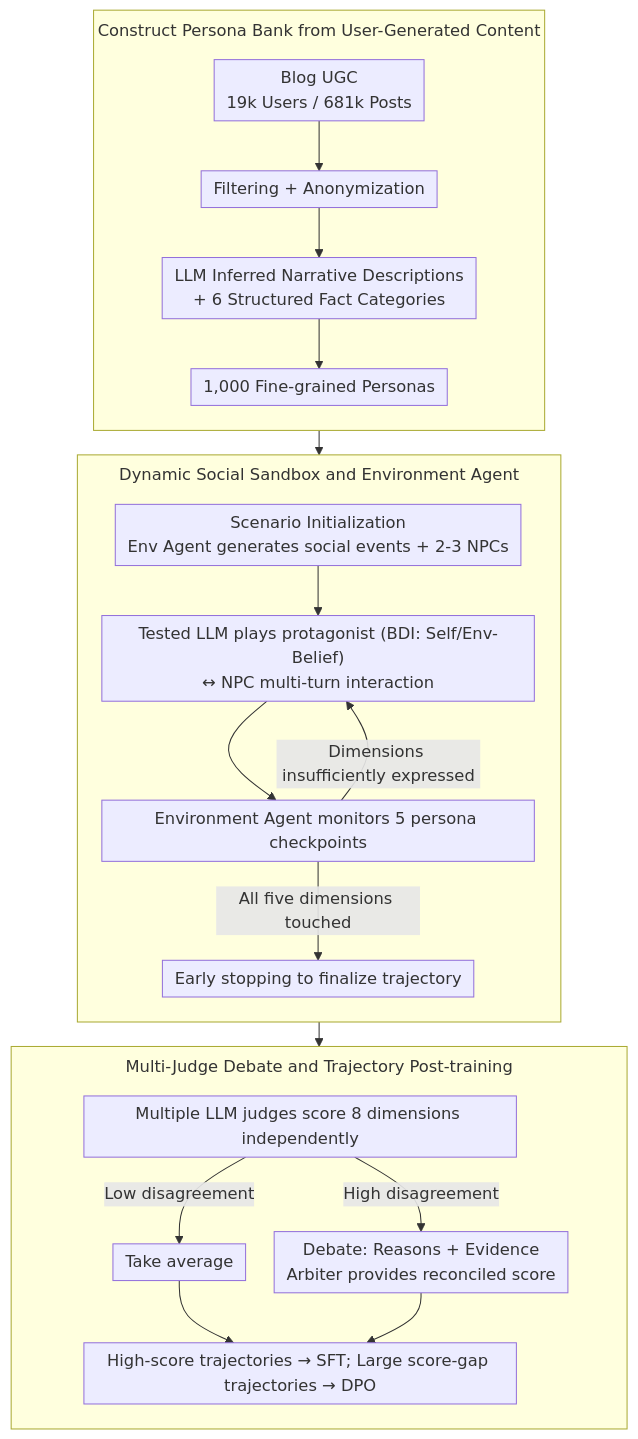
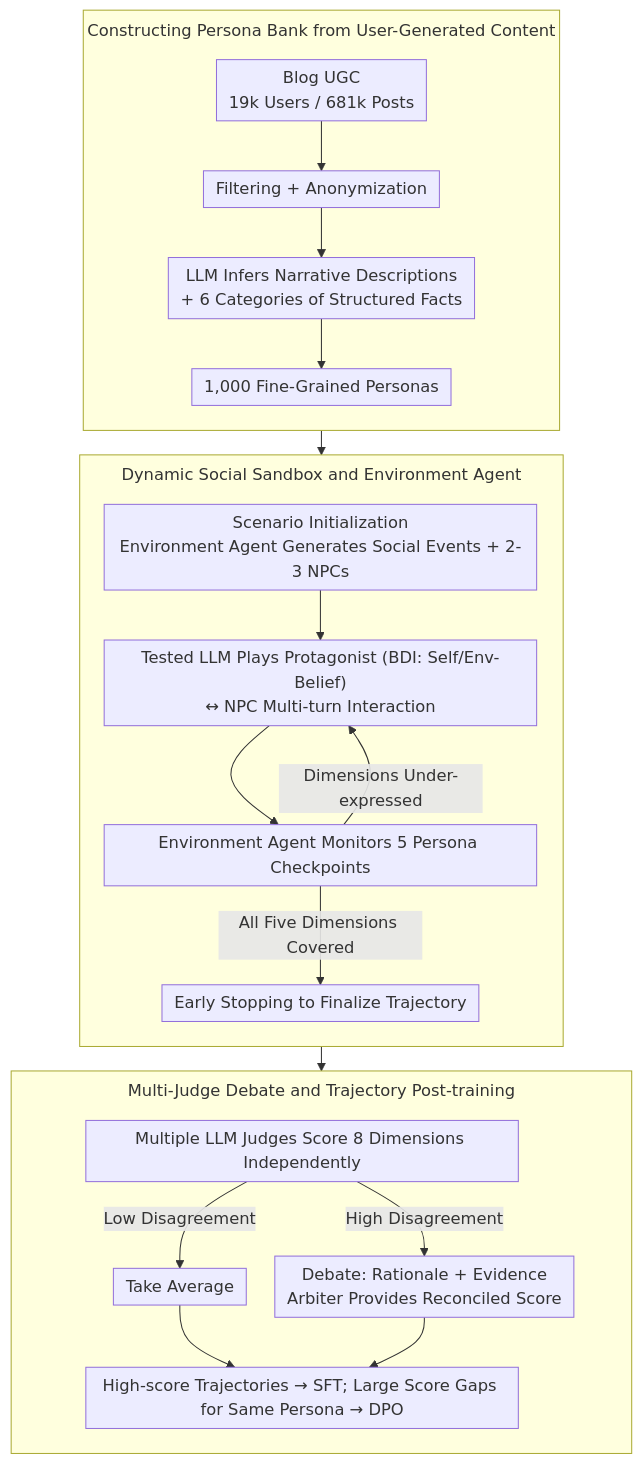
The diagram in docs/ACL2026/llm_nlp/personaarena_dynamic_simulation_for_evaluating_and_enhancing_persona-level_role-.md (zhaoyang97/Paper-Notes-en), drawn with Mermaid before and after one commit. The commit also changed other lines of this file and 5084 other files, not shown here.

````diff
--- a/docs/ACL2026/llm_nlp/personaarena_dynamic_simulation_for_evaluating_and_enhancing_persona-level_role-.md
+++ b/docs/ACL2026/llm_nlp/personaarena_dynamic_simulation_for_evaluating_and_enhancing_persona-level_role-.md
@@ -46,26 +46,26 @@
 ```mermaid
 %%{init: {'flowchart': {'rankSpacing': 24, 'nodeSpacing': 28, 'padding': 6, 'wrappingWidth': 400, 'subGraphTitleMargin': {'top': 8, 'bottom': 16}}}}%%
 flowchart TD
-    subgraph PB["Construct Persona Bank from User-Generated Content"]
+    subgraph PB["Constructing Persona Bank from User-Generated Content"]
         direction TB
         A["Blog UGC<br/>19k Users / 681k Posts"] --> B["Filtering + Anonymization"]
-        B --> C["LLM Inferred Narrative Descriptions<br/>+ 6 Structured Fact Categories"]
-        C --> D["1,000 Fine-grained Personas"]
+        B --> C["LLM Infers Narrative Descriptions<br/>+ 6 Categories of Structured Facts"]
+        C --> D["1,000 Fine-Grained Personas"]
     end
-    D --> E["Scenario Initialization<br/>Env Agent generates social events + 2-3 NPCs"]
+    D --> E["Scenario Initialization<br/>Environment Agent Generates Social Events + 2-3 NPCs"]
     subgraph SB["Dynamic Social Sandbox and Environment Agent"]
         direction TB
-        E --> F["Tested LLM plays protagonist (BDI: Self/Env-Belief)<br/>↔ NPC multi-turn interaction"]
-        F --> G["Environment Agent monitors 5 persona checkpoints"]
-        G -->|Dimensions insufficiently expressed| F
-        G -->|All five dimensions touched| H["Early stopping to finalize trajectory"]
+        E --> F["Tested LLM Plays Protagonist (BDI: Self/Env-Belief)<br/>↔ NPC Multi-turn Interaction"]
+        F --> G["Environment Agent Monitors 5 Persona Checkpoints"]
+        G -->|Dimensions Under-expressed| F
+        G -->|All Five Dimensions Covered| H["Early Stopping to Finalize Trajectory"]
     end
     subgraph EV["Multi-Judge Debate and Trajectory Post-training"]
         direction TB
-        H --> I["Multiple LLM judges score 8 dimensions independently"]
-        I -->|Low disagreement| J["Take average"]
-        I -->|High disagreement| K["Debate: Reasons + Evidence<br/>Arbiter provides reconciled score"]
-        J --> L["High-score trajectories → SFT; Large score-gap trajectories → DPO"]
+        H --> I["Multiple LLM Judges Score 8 Dimensions Independently"]
+        I -->|Low Disagreement| J["Take Average"]
+        I -->|High Disagreement| K["Debate: Rationale + Evidence<br/>Arbiter Provides Reconciled Score"]
+        J --> L["High-score Trajectories → SFT; Large Score Gaps for Same Persona → DPO"]
         K --> L
     end
 ```
````
